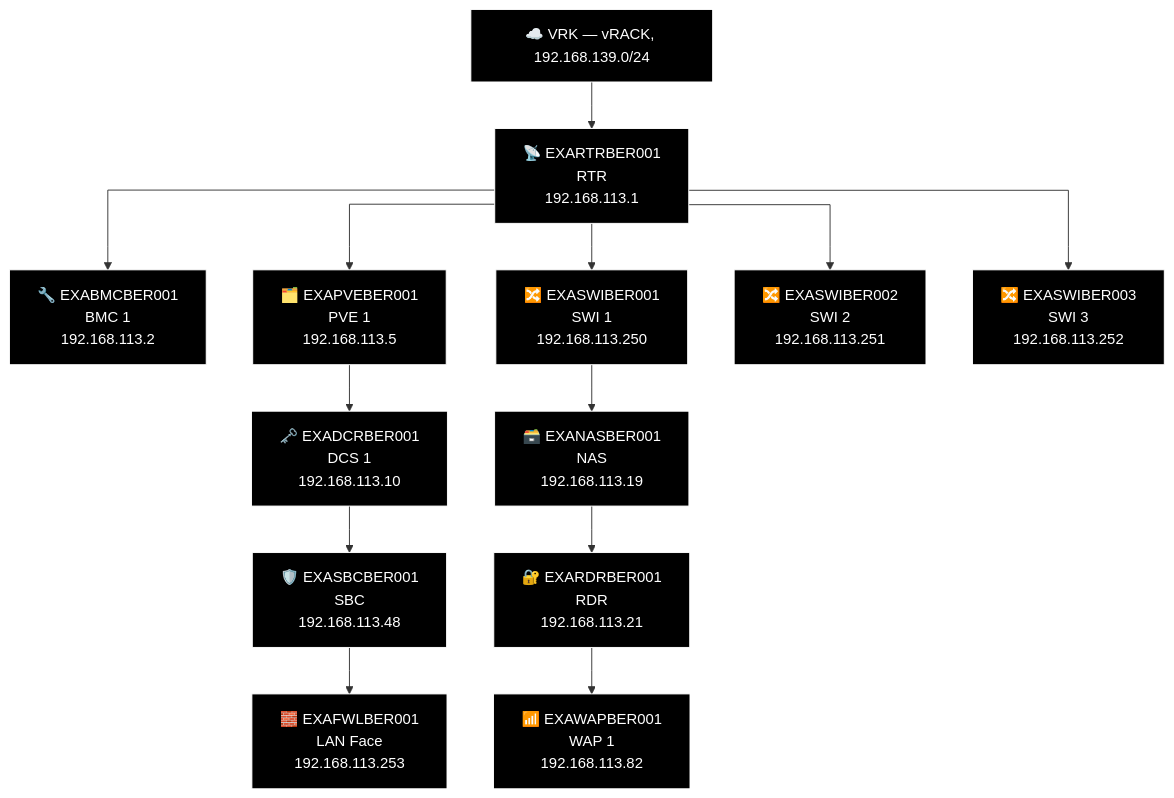
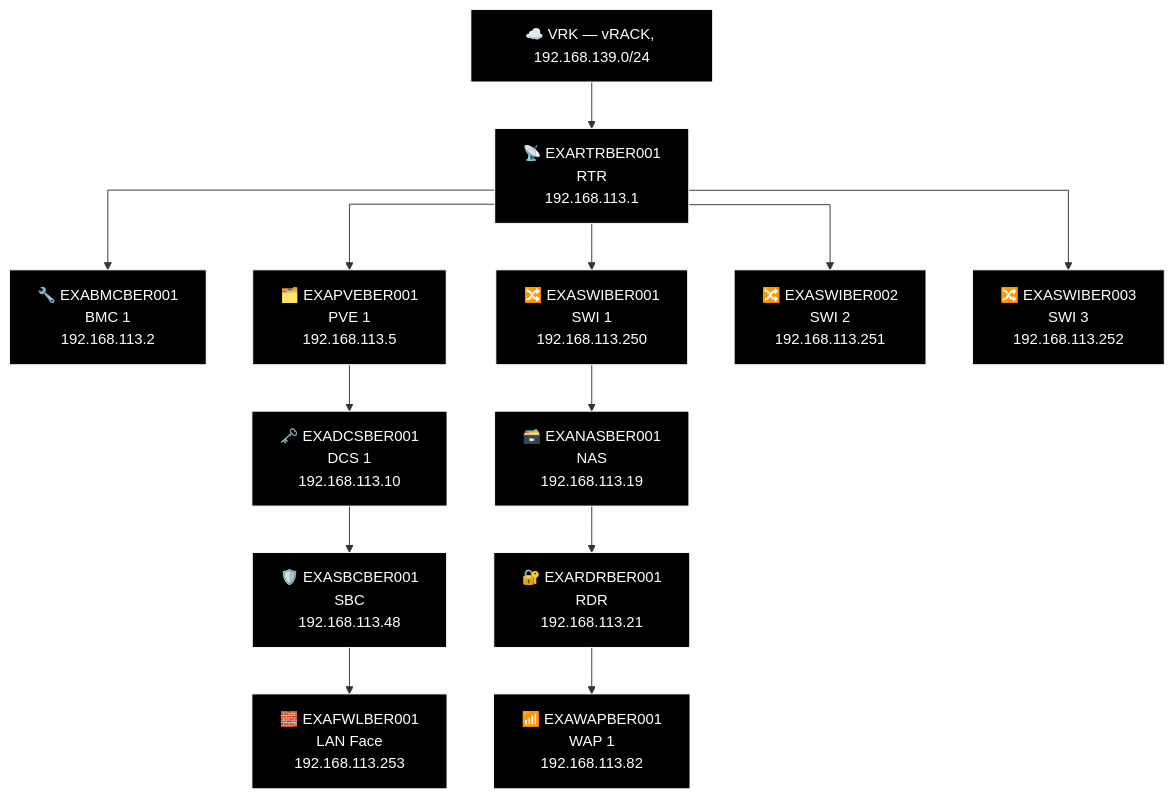
Before and after one commit to knightmare2600/example_music_infra: the sixth of 13 diagrams in docs/network-diagram/deutschland.md, drawn with Mermaid. The commit also changed other lines of this file and 11 other files, not shown here.

````diff
--- a/docs/network-diagram/deutschland.md
+++ b/docs/network-diagram/deutschland.md
@@ -231,40 +231,40 @@
 ```mermaid
 %% GENERATED:TOPOLOGY:BER:START
 %%{init: {'flowchart': {'curve': 'stepAfter'}}}%%
 graph TD
     T_VRK["☁️ VRK — vRACK, 192.168.139.0/24"]
     T_RTR["📡 EXARTRBER001<br/>RTR<br/>192.168.113.1"]
     T_VRK --> T_RTR
     T_BMC["🔧 EXABMCBER001<br/>BMC 1<br/>192.168.113.2"]
     T_RTR --> T_BMC
     T_PVE["🗂️ EXAPVEBER001<br/>PVE 1<br/>192.168.113.5"]
     T_RTR --> T_PVE
     T_SWI["🔀 EXASWIBER001<br/>SWI 1<br/>192.168.113.250"]
     T_RTR --> T_SWI
     T_SWI2["🔀 EXASWIBER002<br/>SWI 2<br/>192.168.113.251"]
     T_RTR --> T_SWI2
     T_SWI3["🔀 EXASWIBER003<br/>SWI 3<br/>192.168.113.252"]
     T_RTR --> T_SWI3
     T_NAS["🗃️ EXANASBER001<br/>NAS<br/>192.168.113.19"]
     T_RDR["🔐 EXARDRBER001<br/>RDR<br/>192.168.113.21"]
     T_WAP["📶 EXAWAPBER001<br/>WAP 1<br/>192.168.113.82"]
     T_SWI --> T_NAS --> T_RDR --> T_WAP
-    T_DCS["🗝️ EXADCRBER001<br/>DCS 1<br/>192.168.113.10"]
+    T_DCS["🗝️ EXADCSBER001<br/>DCS 1<br/>192.168.113.10"]
     T_SBC["🛡️ EXASBCBER001<br/>SBC<br/>192.168.113.48"]
     T_FWL["🧱 EXAFWLBER001<br/>LAN Face<br/>192.168.113.253"]
     T_PVE --> T_DCS --> T_SBC --> T_FWL
     style T_VRK fill:#000000,stroke:#FFFFFF,color:#FFFFFF
     style T_RTR fill:#000000,stroke:#FFFFFF,color:#FFFFFF
     style T_BMC fill:#000000,stroke:#FFFFFF,color:#FFFFFF
     style T_PVE fill:#000000,stroke:#FFFFFF,color:#FFFFFF
     style T_SWI fill:#000000,stroke:#FFFFFF,color:#FFFFFF
     style T_SWI2 fill:#000000,stroke:#FFFFFF,color:#FFFFFF
     style T_SWI3 fill:#000000,stroke:#FFFFFF,color:#FFFFFF
     style T_NAS fill:#000000,stroke:#FFFFFF,color:#FFFFFF
     style T_RDR fill:#000000,stroke:#FFFFFF,color:#FFFFFF
     style T_WAP fill:#000000,stroke:#FFFFFF,color:#FFFFFF
     style T_DCS fill:#000000,stroke:#FFFFFF,color:#FFFFFF
     style T_SBC fill:#000000,stroke:#FFFFFF,color:#FFFFFF
     style T_FWL fill:#000000,stroke:#FFFFFF,color:#FFFFFF
 %% GENERATED:TOPOLOGY:BER:END
 ```
````
